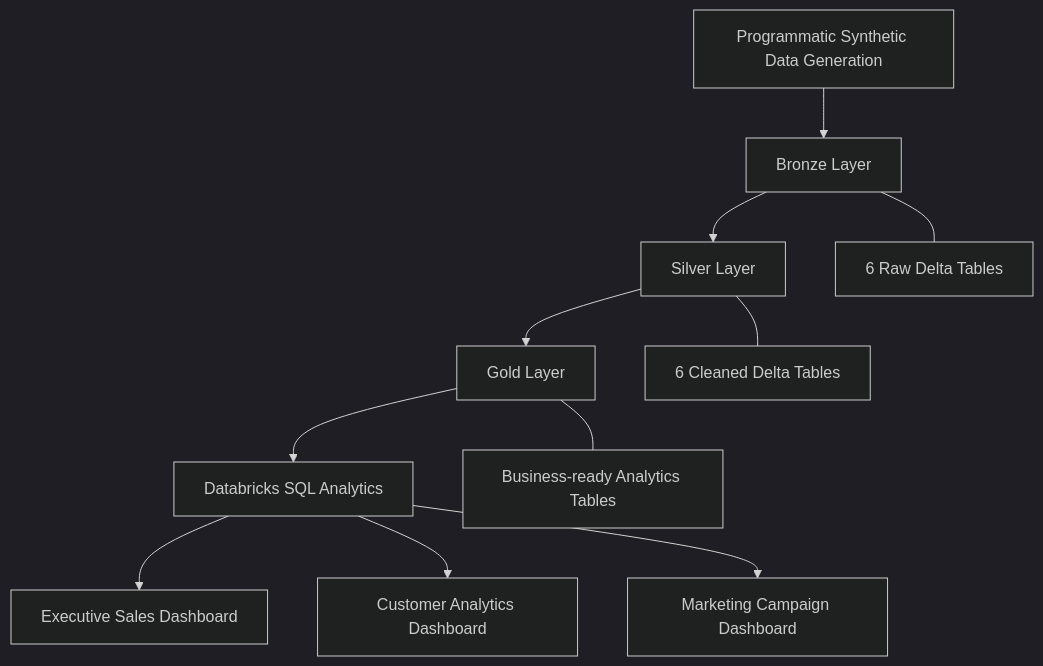
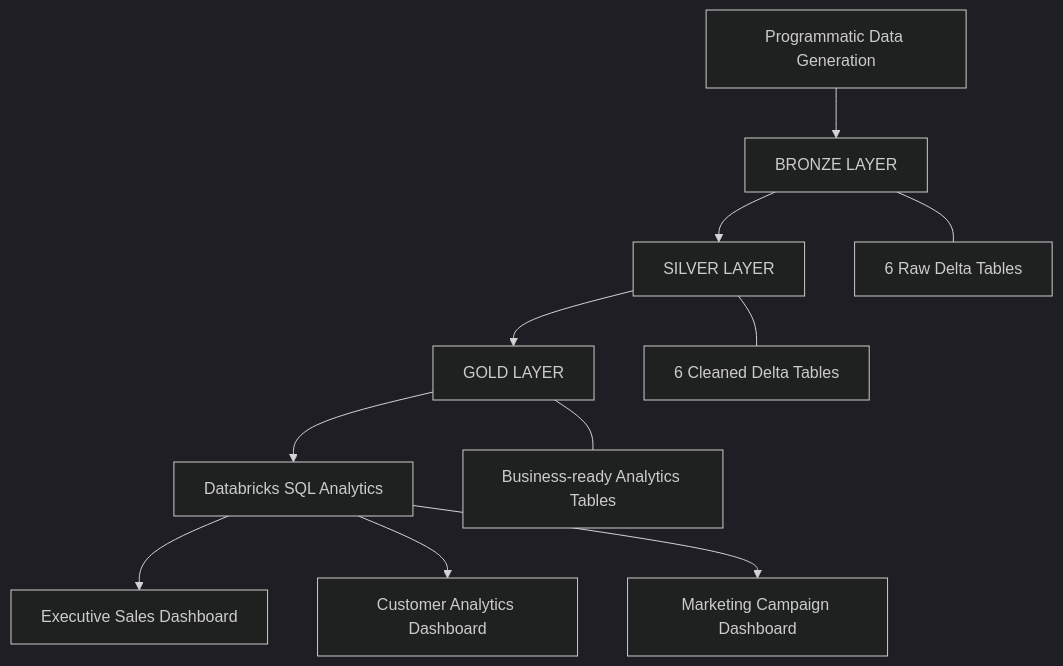
Before and after one commit to yashhdubey03/fashion-retail-analytics-lakehouse: the diagram in README.md, drawn with Mermaid (dark theme). The commit also changed other lines of this file, not shown here.

````diff
--- a/README.md
+++ b/README.md
@@ -42,14 +66,14 @@
 ```mermaid
 flowchart TD
-    A["Programmatic Synthetic Data Generation"] --> B["Bronze Layer"]
-    B --> C["Silver Layer"]
-    C --> D["Gold Layer"]
+    A["Programmatic Data Generation"] --> B["BRONZE LAYER"]
+    B --> C["SILVER LAYER"]
+    C --> D["GOLD LAYER"]
     D --> E["Databricks SQL Analytics"]
     E --> F["Executive Sales Dashboard"]
     E --> G["Customer Analytics Dashboard"]
     E --> H["Marketing Campaign Dashboard"]
 
     B --- B1["6 Raw Delta Tables"]
     C --- C1["6 Cleaned Delta Tables"]
     D --- D1["Business-ready Analytics Tables"]
 ```
````
